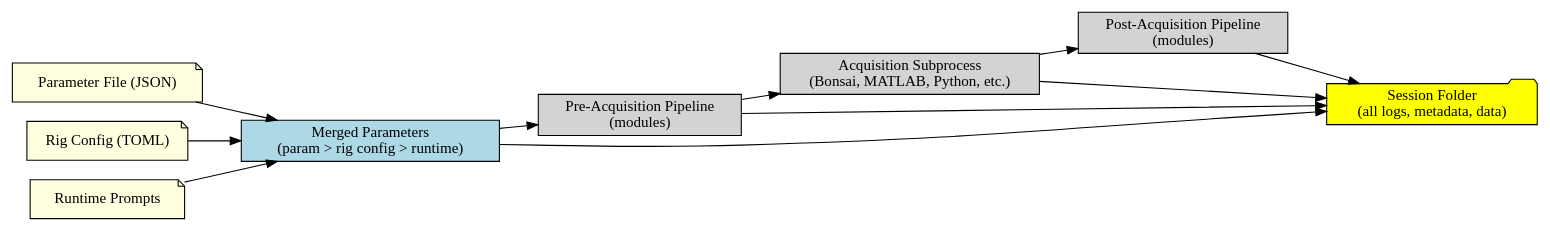
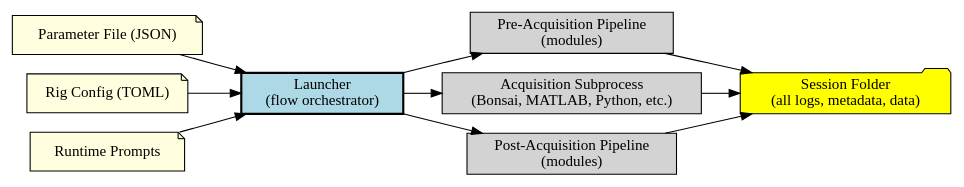
Before and after one commit to AllenNeuralDynamics/openscope-experimental-launcher: the first of 2 diagrams in docs/source/architecture.rst, drawn with Graphviz. The commit also changed other lines of this file, not shown here.

Commit message:
Add both experiment flow and system architecture diagrams with explanations; clarify launcher orchestration and session folder writes

```diff
--- a/docs/source/architecture.rst
+++ b/docs/source/architecture.rst
@@ -4,26 +7,25 @@
 .. graphviz::
 
-   digraph launcher_flow {
+   digraph experiment_flow {
        rankdir=LR;
        node [shape=box, style=filled, fillcolor=lightgray];
 
        ParamFile [label="Parameter File (JSON)", shape=note, fillcolor=lightyellow];
        RigConfigFile [label="Rig Config (TOML)", shape=note, fillcolor=lightyellow];
        RuntimePrompt [label="Runtime Prompts", shape=note, fillcolor=lightyellow];
-       ParamMerge [label="Merged Parameters\n(param > rig config > runtime)", shape=box, fillcolor=lightblue];
+       Launcher [label="Launcher\n(flow orchestrator)", shape=box, fillcolor=lightblue, style="filled,bold"];
        PrePipeline [label="Pre-Acquisition Pipeline\n(modules)"];
        Acquisition [label="Acquisition Subprocess\n(Bonsai, MATLAB, Python, etc.)"];
        PostPipeline [label="Post-Acquisition Pipeline\n(modules)"];
        SessionFolder [label="Session Folder\n(all logs, metadata, data)", shape=folder, fillcolor=yellow];
 
-       ParamFile -> ParamMerge;
-       RigConfigFile -> ParamMerge;
-       RuntimePrompt -> ParamMerge;
-       ParamMerge -> PrePipeline;
-       PrePipeline -> Acquisition;
-       Acquisition -> PostPipeline;
+       ParamFile -> Launcher;
+       RigConfigFile -> Launcher;
+       RuntimePrompt -> Launcher;
+       Launcher -> PrePipeline;
        PrePipeline -> SessionFolder;
+       Launcher -> Acquisition;
        Acquisition -> SessionFolder;
+       Launcher -> PostPipeline;
        PostPipeline -> SessionFolder;
-       ParamMerge -> SessionFolder;
    }
```
